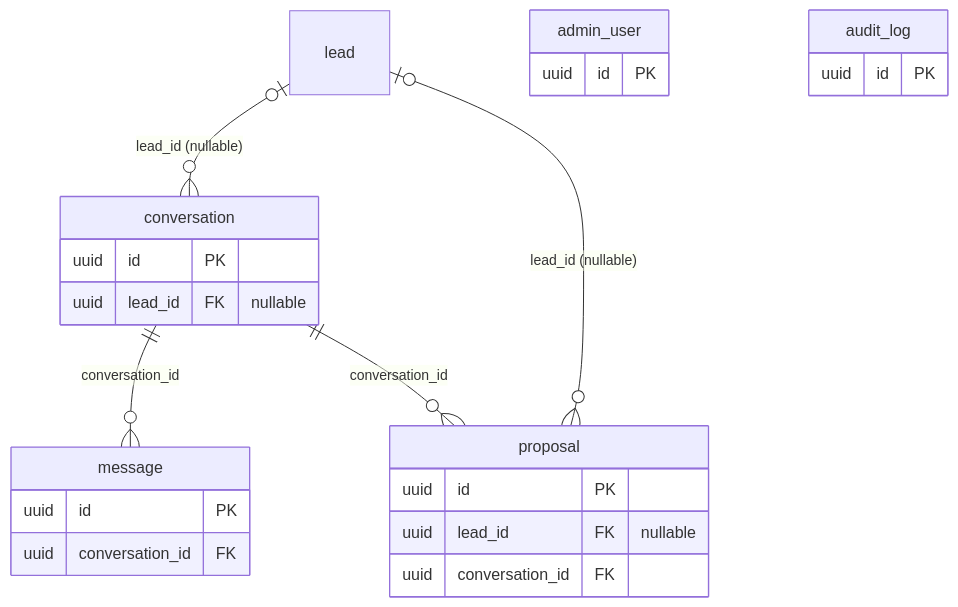
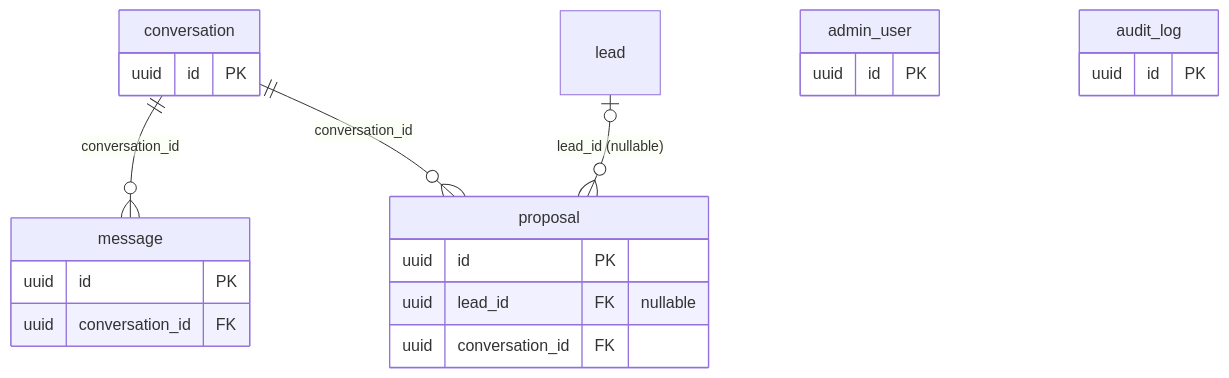
One commit to palmiralab/palmira-lab changed the second of 2 diagrams in docs/database.md. Above: the diagram before and after it, drawn with Mermaid. The commit also changed other lines of this file and 4 other files, not shown here.

Commit message:
feat: сущность conversation и миграция, обновлена ER-схема

````diff
--- a/docs/database.md
+++ b/docs/database.md
@@ -60,27 +99,25 @@
 ```mermaid
 erDiagram
-    lead |o--o{ conversation : "lead_id (nullable)"
     conversation ||--o{ message : "conversation_id"
     lead |o--o{ proposal : "lead_id (nullable)"
     conversation ||--o{ proposal : "conversation_id"
 
     conversation {
         uuid id PK
-        uuid lead_id FK "nullable"
     }
     message {
         uuid id PK
         uuid conversation_id FK
     }
     proposal {
         uuid id PK
         uuid lead_id FK "nullable"
         uuid conversation_id FK
     }
     admin_user {
         uuid id PK
     }
     audit_log {
         uuid id PK
     }
 ```
````
